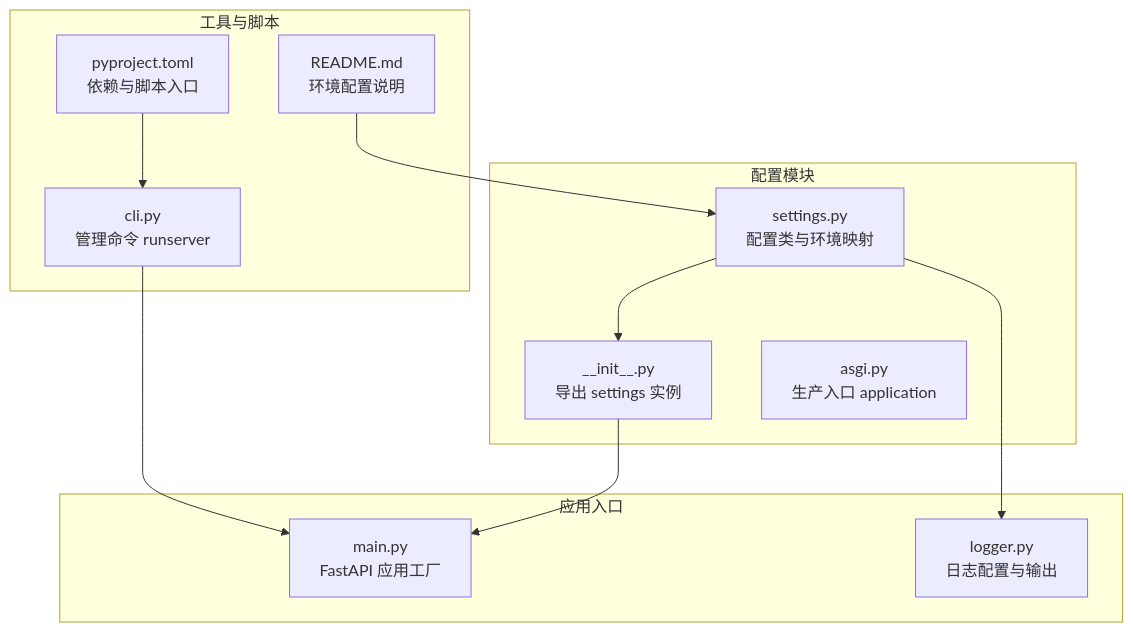
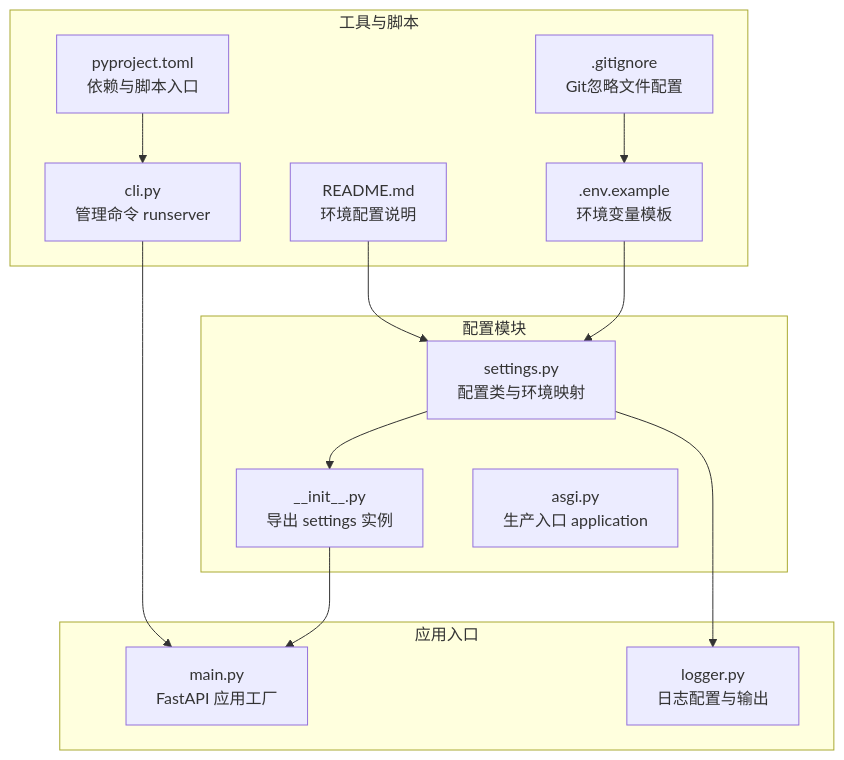
One commit to taoweidong/Hello-FastApi changed the first of 4 diagrams in .qoder/repowiki/zh/content/核心模块/配置管理.md. Above: the diagram before and after it, drawn with Mermaid. The commit also changed other lines of this file and 50 other files, not shown here.

````diff
--- a/.qoder/repowiki/zh/content/核心模块/配置管理.md
+++ b/.qoder/repowiki/zh/content/核心模块/配置管理.md
@@ -40,23 +49,27 @@
 ```mermaid
 graph TB
 subgraph "配置模块"
 S["settings.py<br/>配置类与环境映射"]
 I["__init__.py<br/>导出 settings 实例"]
 A["asgi.py<br/>生产入口 application"]
 end
 subgraph "应用入口"
 M["main.py<br/>FastAPI 应用工厂"]
 L["logger.py<br/>日志配置与输出"]
 end
 subgraph "工具与脚本"
 C["cli.py<br/>管理命令 runserver"]
 P["pyproject.toml<br/>依赖与脚本入口"]
 R["README.md<br/>环境配置说明"]
+E[".env.example<br/>环境变量模板"]
+G[".gitignore<br/>Git忽略文件配置"]
 end
 S --> I
 I --> M
 S --> L
 C --> M
 P --> C
 R --> S
+E --> S
+G --> E
 ```
````
